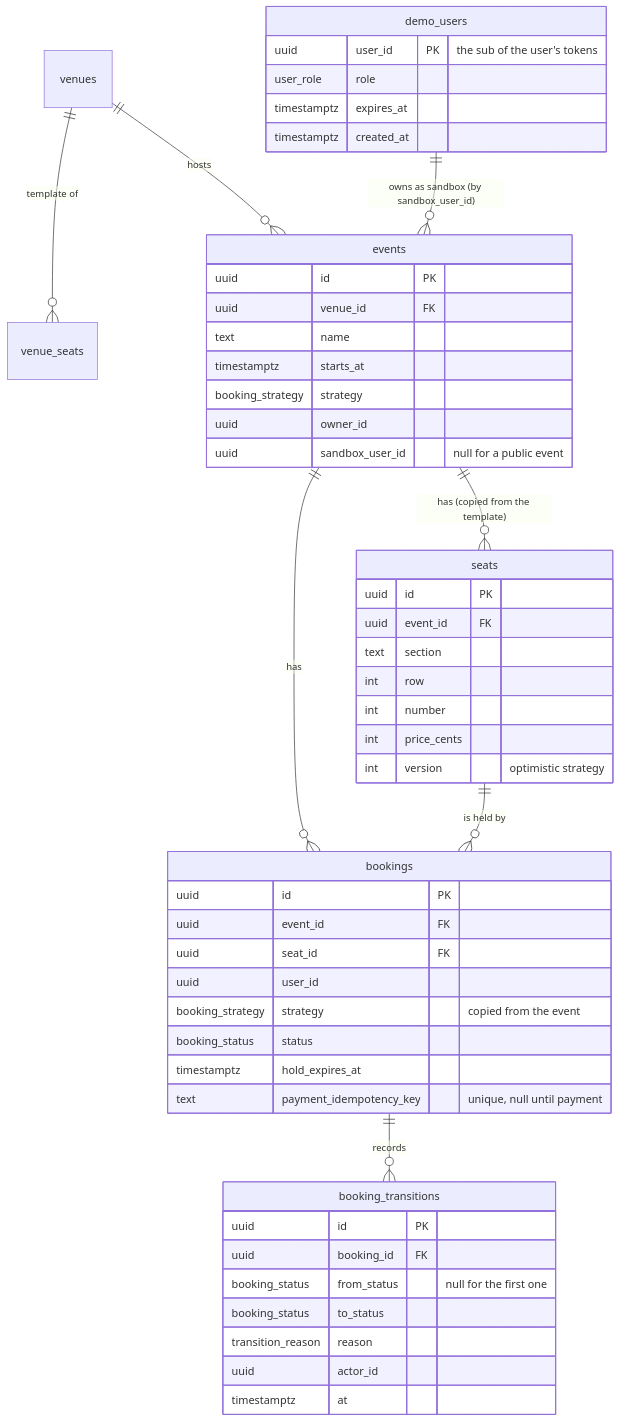
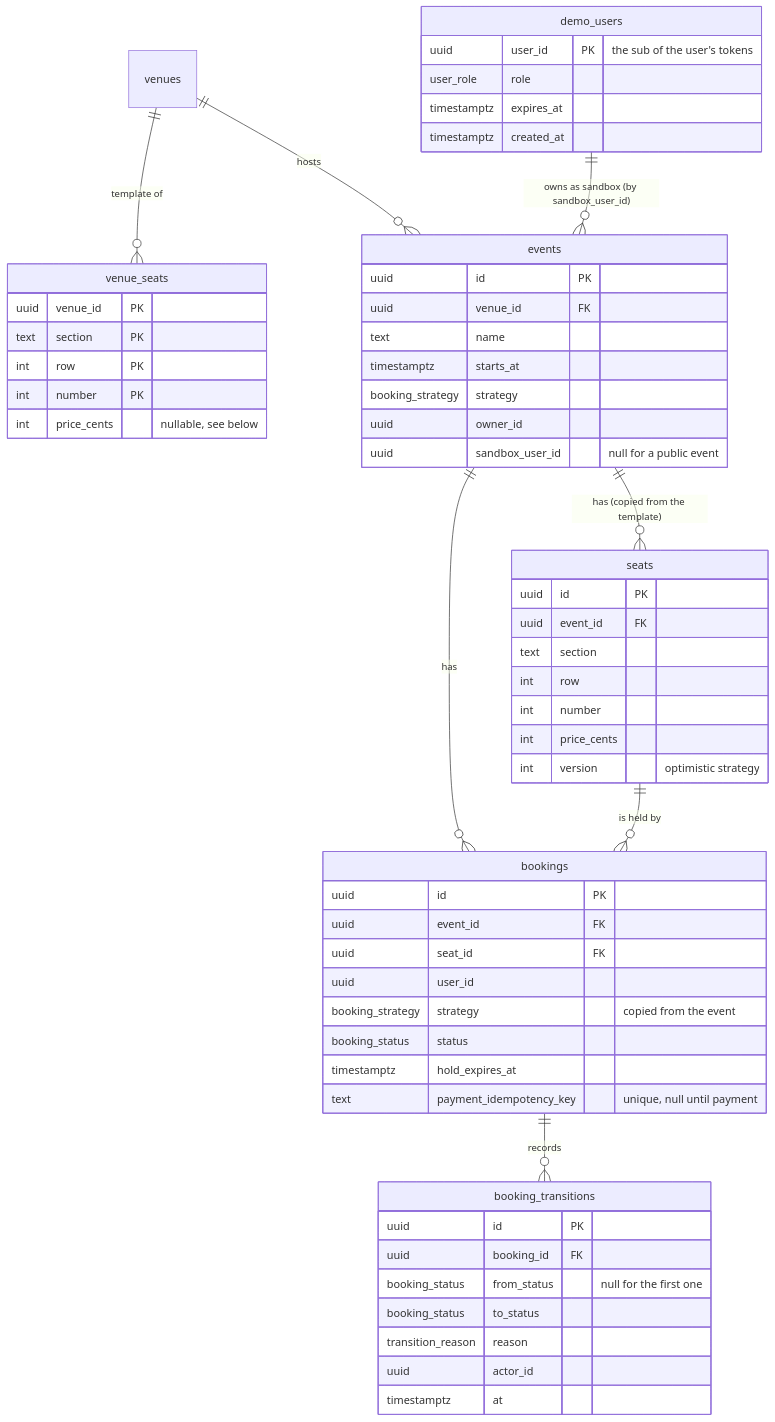
The first of 2 diagrams in docs/data-model.md (oguzbits/ticketmaster), drawn with Mermaid before and after one commit. The commit also changed other lines of this file and 6 other files, not shown here.

First line of the commit message:
feat(db): price on venue seat templates

````diff
--- a/docs/data-model.md
+++ b/docs/data-model.md
@@ -10,54 +10,61 @@
 ```mermaid
 erDiagram
     venues ||--o{ venue_seats : "template of"
     venues ||--o{ events : "hosts"
     events ||--o{ seats : "has (copied from the template)"
     events ||--o{ bookings : "has"
     seats ||--o{ bookings : "is held by"
     bookings ||--o{ booking_transitions : "records"
     demo_users ||--o{ events : "owns as sandbox (by sandbox_user_id)"
 
+    venue_seats {
+        uuid venue_id PK
+        text section PK
+        int row PK
+        int number PK
+        int price_cents "nullable, see below"
+    }
     events {
         uuid id PK
         uuid venue_id FK
         text name
         timestamptz starts_at
         booking_strategy strategy
         uuid owner_id
         uuid sandbox_user_id "null for a public event"
     }
     seats {
         uuid id PK
         uuid event_id FK
         text section
         int row
         int number
         int price_cents
         int version "optimistic strategy"
     }
     bookings {
         uuid id PK
         uuid event_id FK
         uuid seat_id FK
         uuid user_id
         booking_strategy strategy "copied from the event"
         booking_status status
         timestamptz hold_expires_at
         text payment_idempotency_key "unique, null until payment"
     }
     demo_users {
         uuid user_id PK "the sub of the user's tokens"
         user_role role
         timestamptz expires_at
         timestamptz created_at
     }
     booking_transitions {
         uuid id PK
         uuid booking_id FK
         booking_status from_status "null for the first one"
         booking_status to_status
         transition_reason reason
         uuid actor_id
         timestamptz at
     }
 ```
````
